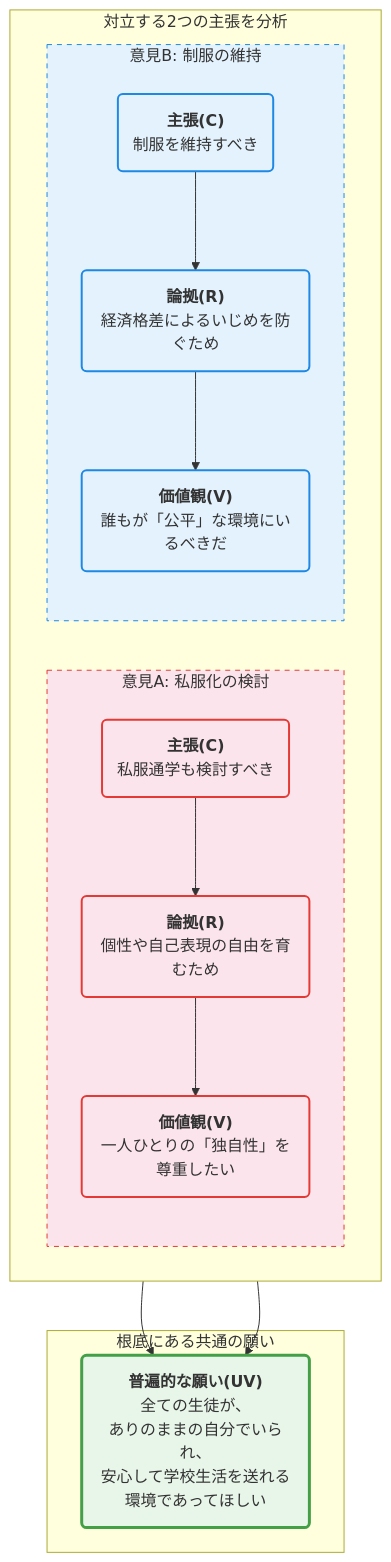
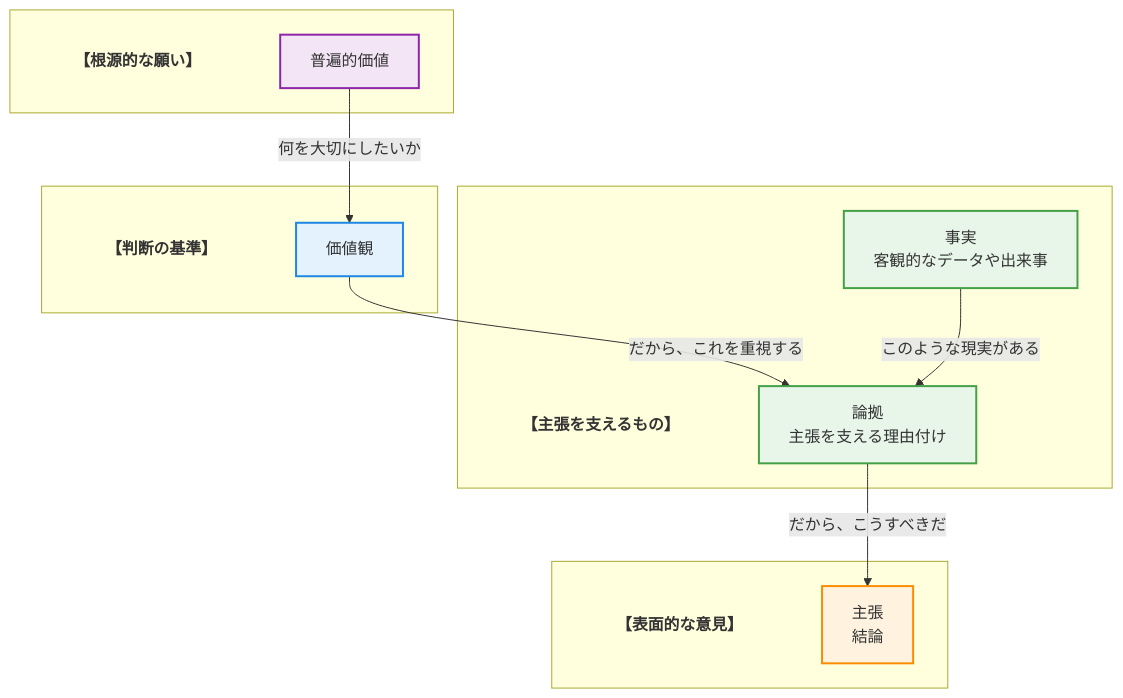
Before and after one commit to ogaogamirai/ARE-Public-Gallery: the first of 2 diagrams in themes/School-Uniform/learning.md, drawn with Mermaid. The commit also changed other lines of this file and 1 other file, not shown here.

````diff
--- a/themes/School-Uniform/learning.md
+++ b/themes/School-Uniform/learning.md
@@ -62,36 +14,35 @@
 ```mermaid
 graph TD
-    subgraph Analysis [対立する2つの主張を分析]
-        direction LR
-        subgraph ClaimA_Group [意見A: 私服化の検討]
-            direction TB
-            ClaimA("<b>主張(C)</b><br>私服通学も検討すべき") --> ReasonA("<b>論拠(R)</b><br>個性や自己表現の自由を育むため")
-            ReasonA --> ValueA("<b>価値観(V)</b><br>一人ひとりの「独自性」を尊重したい")
-        end
-        subgraph ClaimB_Group [意見B: 制服の維持]
-            direction TB
-            ClaimB("<b>主張(C)</b><br>制服を維持すべき") --> ReasonB("<b>論拠(R)</b><br>経済格差によるいじめを防ぐため")
-            ReasonB --> ValueB("<b>価値観(V)</b><br>誰もが「公平」な環境にいるべきだ")
-        end
-    end
+  subgraph SG_UV[" "]
+    Title_UV["【根源的な願い】"]
+    style Title_UV fill:none,stroke:none,font-weight:bold
+    UV["普遍的価値"]
+  end
+  subgraph SG_V[" "]
+    Title_V["【判断の基準】"]
+    style Title_V fill:none,stroke:none,font-weight:bold
+    V["価値観"]
+  end
+  subgraph SG_W[" "]
+    Title_W["【主張を支えるもの】"]
+    style Title_W fill:none,stroke:none,font-weight:bold
+    F["事実<br>客観的なデータや出来事"]
+    W["論拠<br>主張を支える理由付け"]
+  end
+  subgraph SG_C[" "]
+    Title_C["【表面的な意見】"]
+    style Title_C fill:none,stroke:none,font-weight:bold
+    C["主張<br>結論"]
+  end
 
-    subgraph Synthesis [根底にある共通の願い]
-        UV("<b>普遍的な願い(UV)</b><br>全ての生徒が、<br>ありのままの自分でいられ、<br>安心して学校生活を送れる<br>環境であってほしい")
-    end
+  UV -->|何を大切にしたいか| V
+  V -->|だから、これを重視する| W
+  F -->|このような現実がある| W
+  W -->|だから、こうすべきだ| C
 
-    ValueA --> UV
-    ValueB --> UV
-
-    style ClaimA_Group fill:#fce4ec,stroke:#e53935,stroke-width:1px,stroke-dasharray: 5 5
-    style ClaimB_Group fill:#e3f2fd,stroke:#1e88e5,stroke-width:1px,stroke-dasharray: 5 5
-    
-    style ClaimA fill:#fce4ec,stroke:#e53935,stroke-width:2px
-    style ReasonA fill:#fce4ec,stroke:#e53935,stroke-width:2px
-    style ValueA fill:#fce4ec,stroke:#e53935,stroke-width:2px
-
-    style ClaimB fill:#e3f2fd,stroke:#1e88e5,stroke-width:2px
-    style ReasonB fill:#e3f2fd,stroke:#1e88e5,stroke-width:2px
-    style ValueB fill:#e3f2fd,stroke:#1e88e5,stroke-width:2px
-
-    style UV fill:#e8f5e9,stroke:#43a047,stroke-width:3px
+  style UV fill:#f3e5f5,stroke:#8e24aa,stroke-width:2px
+  style V fill:#e3f2fd,stroke:#1e88e5,stroke-width:2px
+  style F fill:#e8f5e9,stroke:#43a047,stroke-width:2px
+  style W fill:#e8f5e9,stroke:#43a047,stroke-width:2px
+  style C fill:#fff3e0,stroke:#fb8c00,stroke-width:2px
 ```
````
